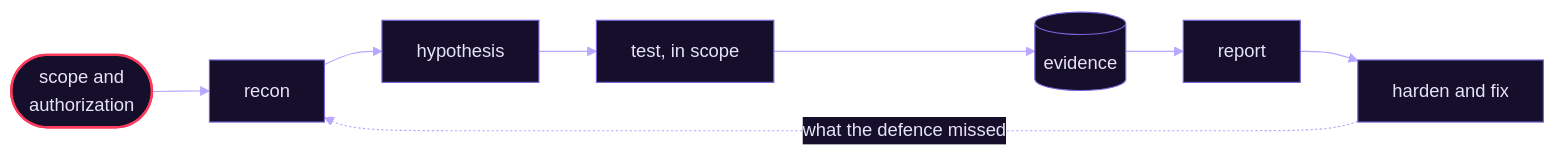
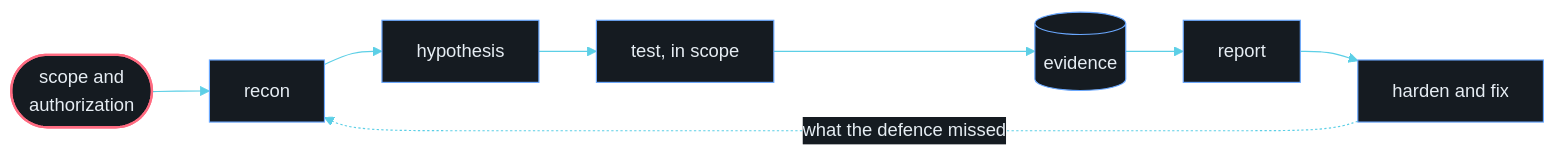
One commit to antaryx/antaryx changed the diagram in README.md. Above: the diagram before and after it, drawn with Mermaid. The commit also changed other lines of this file and 15 other files, not shown here.

Commit message:
profile: recoloured to the Antaryx desktop palette (base #0b0f12, blue #6aa8ff, cyan #5ccfe6, text #e6edf3, Antares in the desktop red)

````diff
--- a/README.md
+++ b/README.md
@@ -29,12 +29,12 @@
 ```mermaid
-%%{init: {"theme":"base","themeVariables":{"primaryColor":"#150f2b","primaryTextColor":"#e7e3f7","primaryBorderColor":"#7a64d8","lineColor":"#b9a8ff","secondaryColor":"#150f2b","tertiaryColor":"#07050d","fontFamily":"ui-monospace, Menlo, Consolas, monospace"}}}%%
+%%{init: {"theme":"base","themeVariables":{"primaryColor":"#151b21","primaryTextColor":"#e6edf3","primaryBorderColor":"#6aa8ff","lineColor":"#5ccfe6","secondaryColor":"#151b21","tertiaryColor":"#0b0f12","fontFamily":"ui-monospace, Menlo, Consolas, monospace"}}}%%
 flowchart LR
     A(["scope and<br/>authorization"]) --> B["recon"]
     B --> C["hypothesis"]
     C --> D["test, in scope"]
     D --> E[("evidence")]
     E --> F["report"]
     F --> G["harden and fix"]
     G -. "what the defence missed" .-> B
-    style A stroke:#ff3b5c,stroke-width:2px
+    style A stroke:#ff6b81,stroke-width:2px
 ```
````
